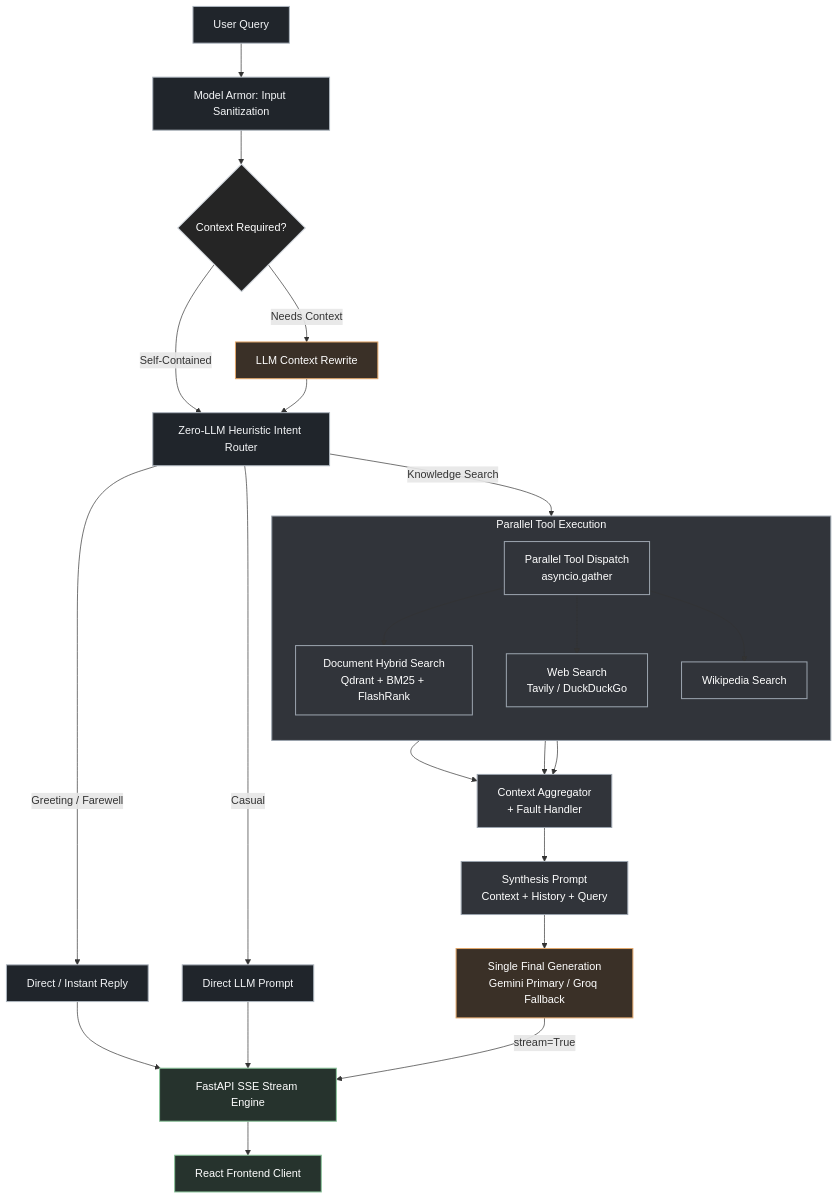
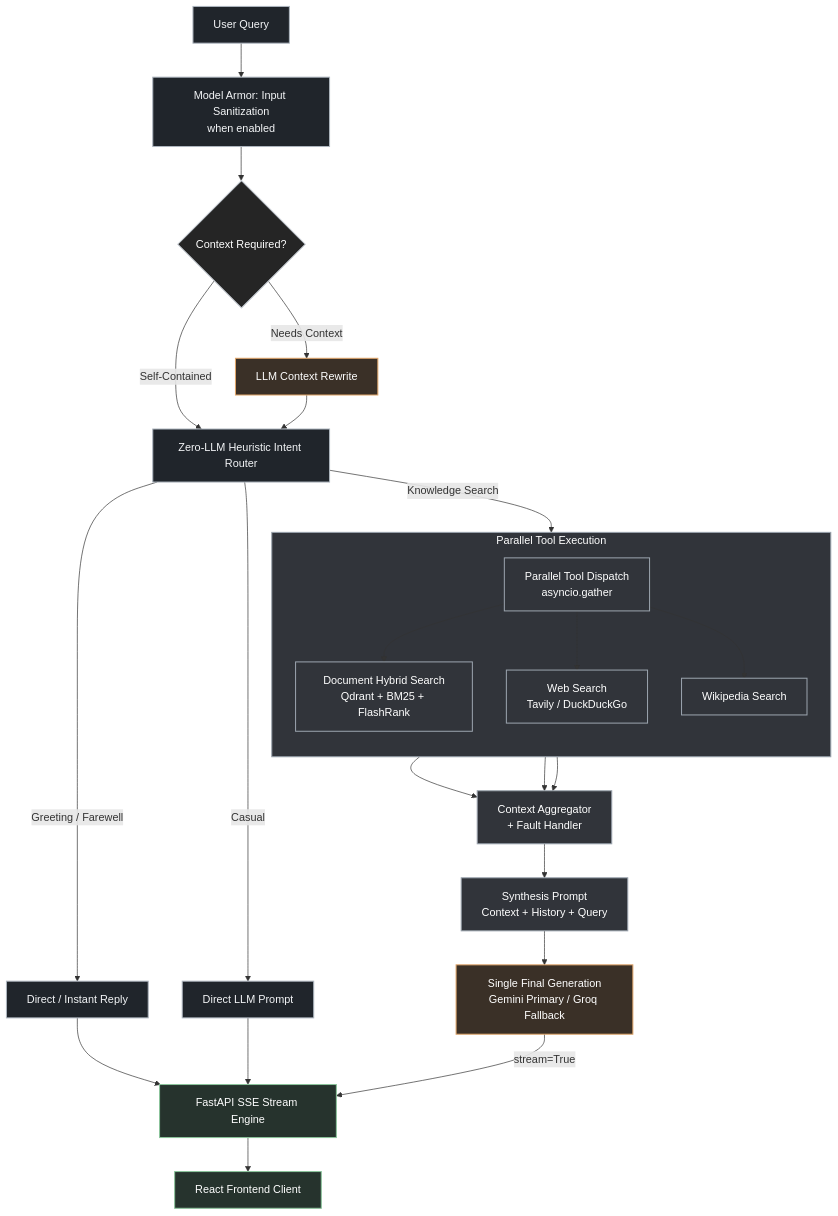
The diagram in README.md (sushrutha777/AI-Platform-with-Agentic-Retrieval), drawn with Mermaid before and after one commit. The commit also changed other lines of this file, not shown here.

Commit message:
docs: align README with current architecture

````diff
--- a/README.md
+++ b/README.md
@@ -18,44 +18,44 @@
 ```mermaid
 flowchart TD
-    U[User Query] --> A[Model Armor: Input Sanitization]
+    U[User Query] --> A[Model Armor: Input Sanitization<br/>when enabled]
     A --> C{Context Required?}
 
     C -->|Self-Contained| R[Zero-LLM Heuristic Intent Router]
     C -->|Needs Context| W[LLM Context Rewrite]
     W --> R
 
     R -->|Greeting / Farewell| D[Direct / Instant Reply]
     R -->|Casual| L[Direct LLM Prompt]
     R -->|Knowledge Search| P
 
     subgraph P[Parallel Tool Execution]
         direction TB
         X[Parallel Tool Dispatch<br/>asyncio.gather]
         X --> DS[Document Hybrid Search<br/>Qdrant + BM25 + FlashRank]
         X --> WS[Web Search<br/>Tavily / DuckDuckGo]
         X --> WK[Wikipedia Search]
     end
 
     DS --> G[Context Aggregator<br/>+ Fault Handler]
     WS --> G
     WK --> G
     G --> S[Synthesis Prompt<br/>Context + History + Query]
     S --> F[Single Final Generation<br/>Gemini Primary / Groq Fallback]
 
     D --> E[FastAPI SSE Stream Engine]
     L --> E
     F -->|stream=True| E
     E --> UI[React Frontend Client]
 
     classDef runtime fill:#20252b,stroke:#aeb6bf,color:#f4f6f8,stroke-width:1.5px;
     classDef decision fill:#252525,stroke:#c7cdd4,color:#ffffff,stroke-width:1.5px;
     classDef retrieval fill:#31343a,stroke:#9aa3ad,color:#ffffff,stroke-width:1.5px;
     classDef model fill:#3a3027,stroke:#e1a66a,color:#ffffff,stroke-width:1.5px;
     classDef stream fill:#26332d,stroke:#8bc49b,color:#ffffff,stroke-width:1.5px;
 
     class U,A,R,D,L,E,UI runtime;
     class C decision;
     class P,X,DS,WS,WK,G,S retrieval;
     class W,F model;
     class E,UI stream;
 ```
````
